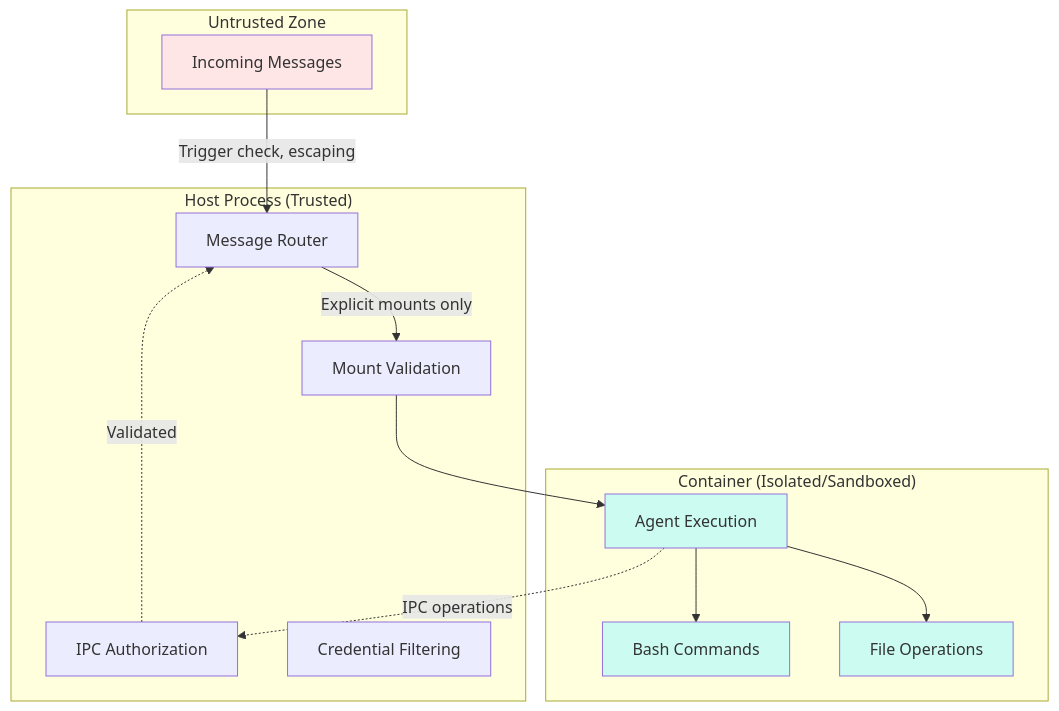
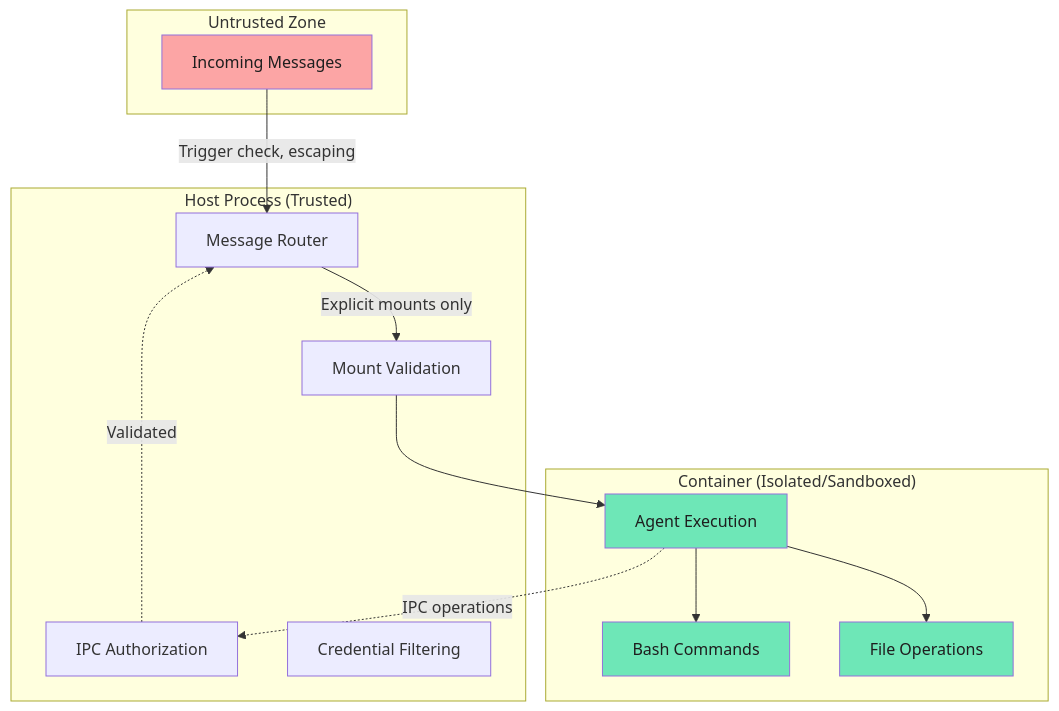
The diagram in concepts/security.mdx (glifocat/nanoclaw-docs), drawn with Mermaid before and after one commit. The commit also changed other lines of this file and 4 other files, not shown here.

````diff
--- a/concepts/security.mdx
+++ b/concepts/security.mdx
@@ -35,32 +35,32 @@
 ```mermaid
 graph TB
     subgraph "Untrusted Zone"
         MSG[Incoming Messages]
     end
 
     subgraph "Host Process (Trusted)"
         RT[Message Router]
         IPC[IPC Authorization]
         MV[Mount Validation]
         CF[Credential Filtering]
     end
 
     subgraph "Container (Isolated/Sandboxed)"
         AG[Agent Execution]
         BA[Bash Commands]
         FO[File Operations]
     end
 
     MSG -->|Trigger check, escaping| RT
     RT -->|Explicit mounts only| MV
     MV --> AG
     AG -.->|IPC operations| IPC
     IPC -.->|Validated| RT
     AG --> BA
     AG --> FO
 
-    style MSG fill:#ffe6e6
-    style AG fill:#ccfbf1
-    style BA fill:#ccfbf1
-    style FO fill:#ccfbf1
+    style MSG fill:#fca5a5,color:#1e1e1e
+    style AG fill:#6ee7b7,color:#1e1e1e
+    style BA fill:#6ee7b7,color:#1e1e1e
+    style FO fill:#6ee7b7,color:#1e1e1e
 ```
````
